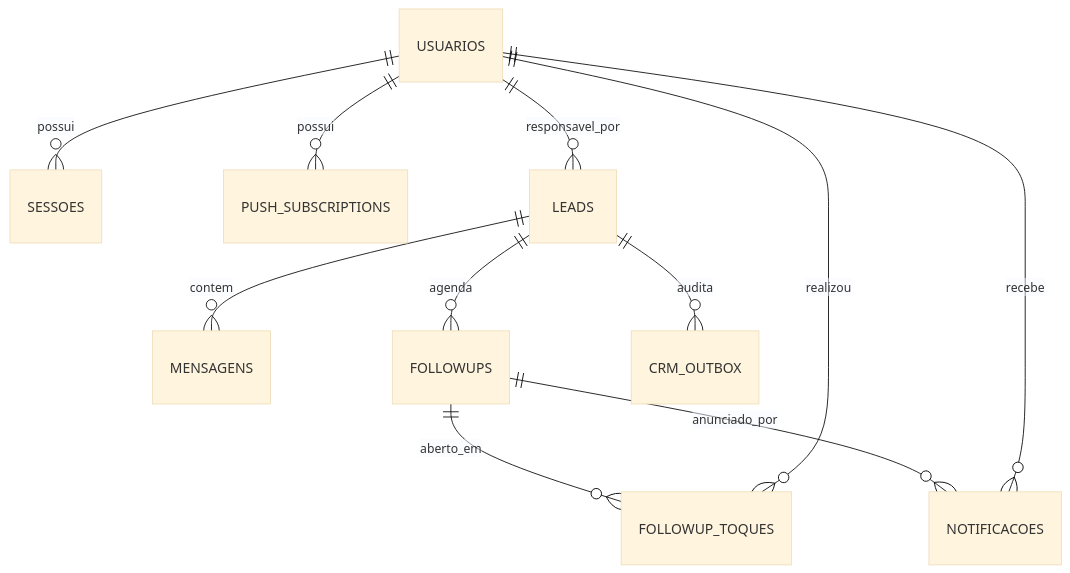
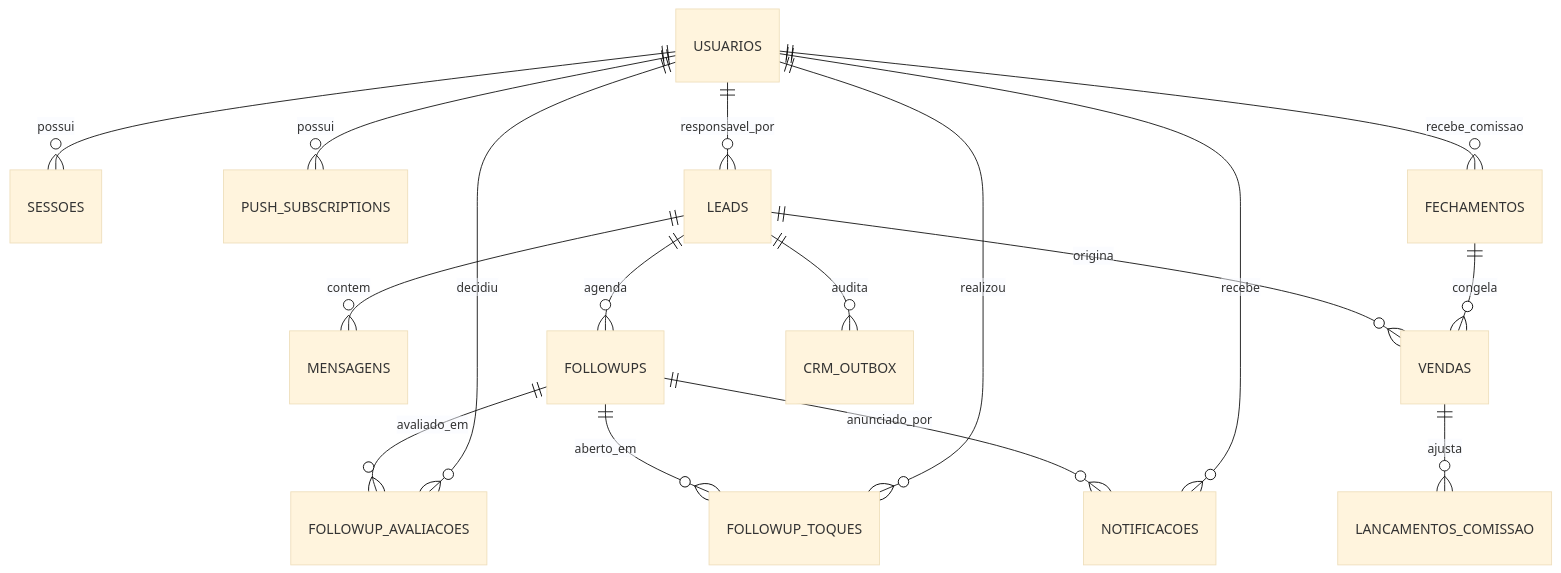
One commit to felip2ee/dash-wakeclub-crm-wpp changed the second of 2 diagrams in docs/architecture.md. Above: the diagram before and after it, drawn with Mermaid (base theme). The commit also changed other lines of this file and 15 other files, not shown here.

````diff
--- a/docs/architecture.md
+++ b/docs/architecture.md
@@ -265,13 +522,19 @@
 ```mermaid
 erDiagram
   USUARIOS ||--o{ SESSOES : possui
   USUARIOS ||--o{ PUSH_SUBSCRIPTIONS : possui
   USUARIOS ||--o{ LEADS : responsavel_por
   LEADS ||--o{ MENSAGENS : contem
   LEADS ||--o{ FOLLOWUPS : agenda
+  LEADS ||--o{ VENDAS : origina
   LEADS ||--o{ CRM_OUTBOX : audita
+  FOLLOWUPS ||--o{ FOLLOWUP_AVALIACOES : avaliado_em
   FOLLOWUPS ||--o{ FOLLOWUP_TOQUES : aberto_em
   FOLLOWUPS ||--o{ NOTIFICACOES : anunciado_por
+  USUARIOS ||--o{ FOLLOWUP_AVALIACOES : decidiu
   USUARIOS ||--o{ FOLLOWUP_TOQUES : realizou
   USUARIOS ||--o{ NOTIFICACOES : recebe
+  USUARIOS ||--o{ FECHAMENTOS : recebe_comissao
+  FECHAMENTOS ||--o{ VENDAS : congela
+  VENDAS ||--o{ LANCAMENTOS_COMISSAO : ajusta
 ```
````
